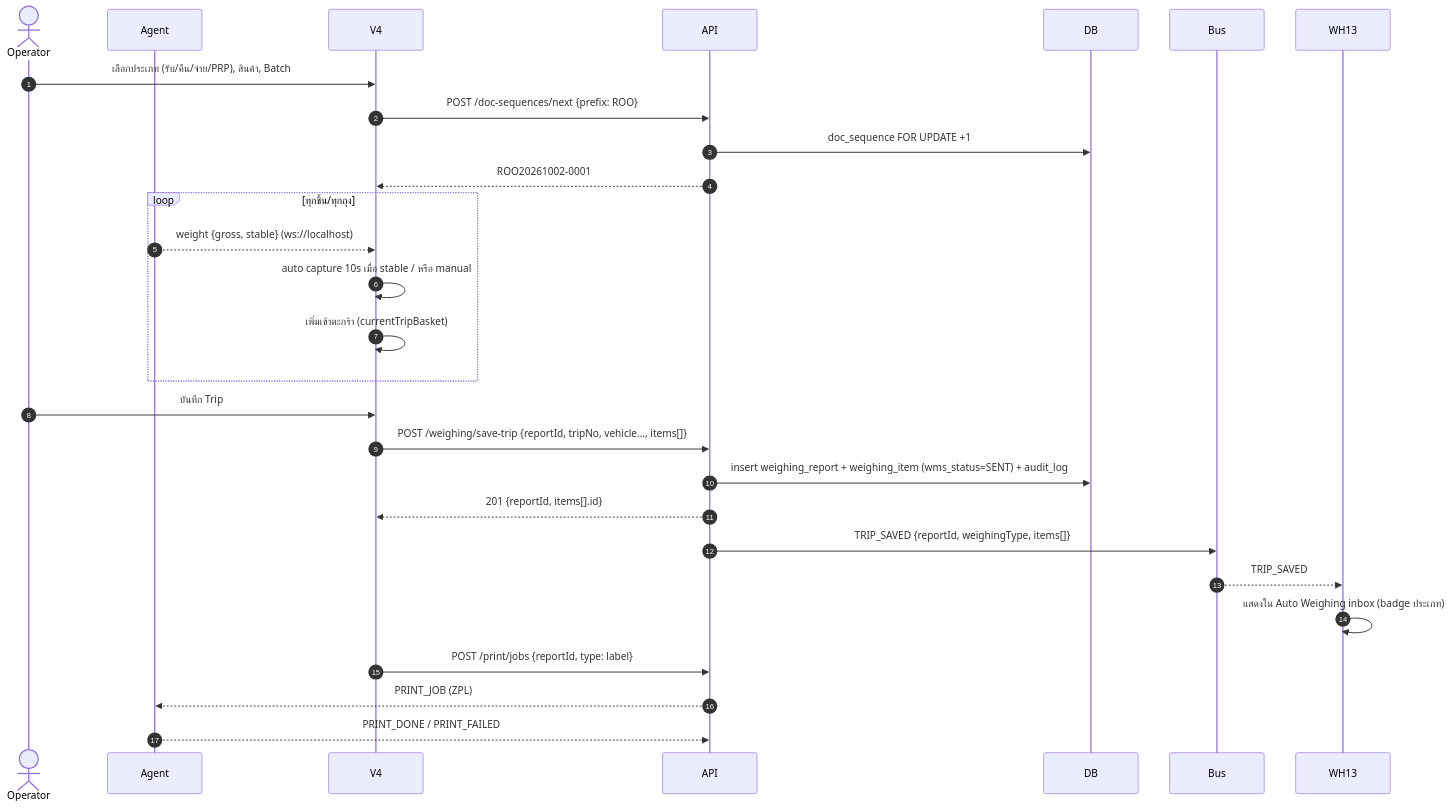
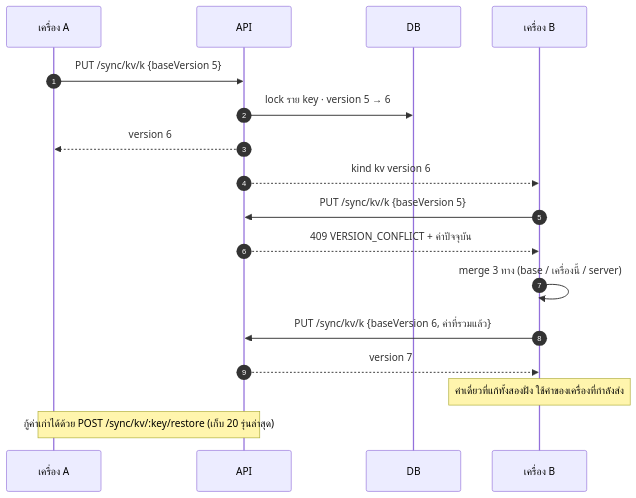
One commit to Aum2010/WHSM-1791103979 changed the third of 14 diagrams in docs/01-sequence-diagrams.md. Above: the diagram before and after it, drawn with Mermaid. The commit also changed other lines of this file and 3 other files, not shown here.

Commit message:
Docs: update sequence diagrams to current system; record customer decisions

````diff
--- a/docs/01-sequence-diagrams.md
+++ b/docs/01-sequence-diagrams.md
@@ -100,31 +118,20 @@
 ```mermaid
 sequenceDiagram
     autonumber
-    actor Operator
-    participant Agent
-    participant V4
+    participant A as เครื่อง A
     participant API
     participant DB
-    participant Bus
-    participant WH13
+    participant B as เครื่อง B
 
-    Operator->>V4: เลือกประเภท (รับ/คืน/จ่าย/PRP), สินค้า, Batch
-    V4->>API: POST /doc-sequences/next {prefix: ROO}
-    API->>DB: doc_sequence FOR UPDATE +1
-    API-->>V4: ROO20261002-0001
-    loop ทุกชิ้น/ทุกถุง
-        Agent-->>V4: weight {gross, stable} (ws://localhost)
-        V4->>V4: auto capture 10s เมื่อ stable / หรือ manual
-        V4->>V4: เพิ่มเข้าตะกร้า (currentTripBasket)
-    end
-    Operator->>V4: บันทึก Trip
-    V4->>API: POST /weighing/save-trip {reportId, tripNo, vehicle…, items[]}
-    API->>DB: insert weighing_report + weighing_item (wms_status=SENT) + audit_log
-    API-->>V4: 201 {reportId, items[].id}
-    API->>Bus: TRIP_SAVED {reportId, weighingType, items[]}
-    Bus-->>WH13: TRIP_SAVED
-    WH13->>WH13: แสดงใน Auto Weighing inbox (badge ประเภท)
-    V4->>API: POST /print/jobs {reportId, type: label}
-    API-->>Agent: PRINT_JOB (ZPL)
-    Agent-->>API: PRINT_DONE / PRINT_FAILED
+    A->>API: PUT /sync/kv/k {baseVersion 5}
+    API->>DB: lock ราย key · version 5 → 6
+    API-->>A: version 6
+    API-->>B: kind kv version 6
+    B->>API: PUT /sync/kv/k {baseVersion 5}
+    API-->>B: 409 VERSION_CONFLICT + ค่าปัจจุบัน
+    B->>B: merge 3 ทาง (base / เครื่องนี้ / server)
+    B->>API: PUT /sync/kv/k {baseVersion 6, ค่าที่รวมแล้ว}
+    API-->>B: version 7
+    Note over B: ค่าเดี่ยวที่แก้ทั้งสองฝั่ง ใช้ค่าของเครื่องที่กำลังส่ง
+    Note over A,API: กู้ค่าเก่าได้ด้วย POST /sync/kv/:key/restore (เก็บ 20 รุ่นล่าสุด)
 ```
````
